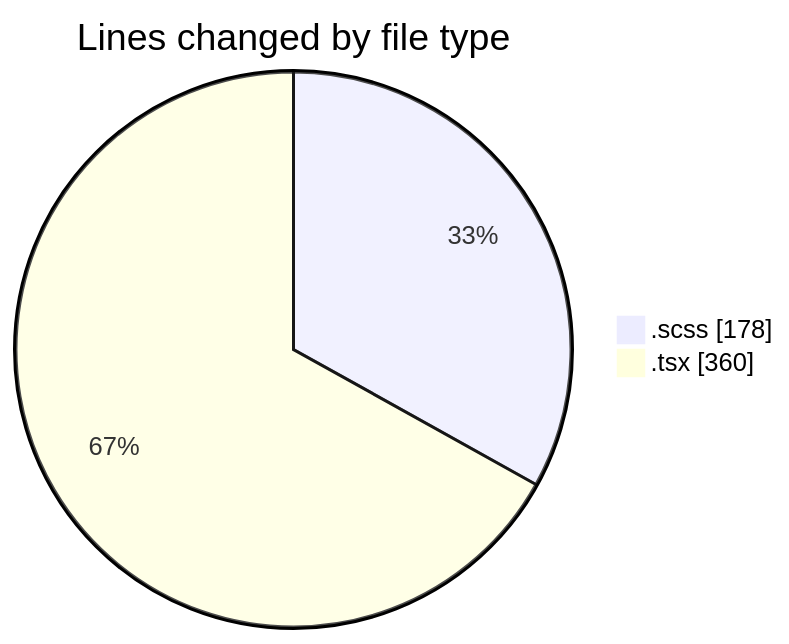
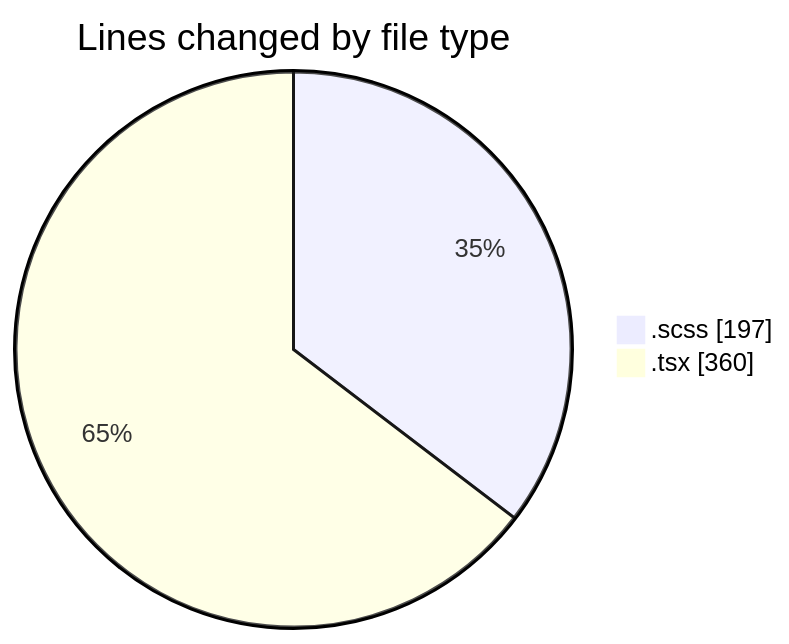
Before and after one commit to momahboobian/code-tracking: the first of 2 diagrams in 2025-03-28/cda/README.md, drawn with Mermaid. The commit also changed other lines of this file and 1 other file, not shown here.

````diff
--- a/2025-03-28/cda/README.md
+++ b/2025-03-28/cda/README.md
@@ -23,6 +23,6 @@
 ```mermaid
 pie showData
 title Lines changed by file type
-".scss" : 178
+".scss" : 197
 ".tsx" : 360
 ```
````
